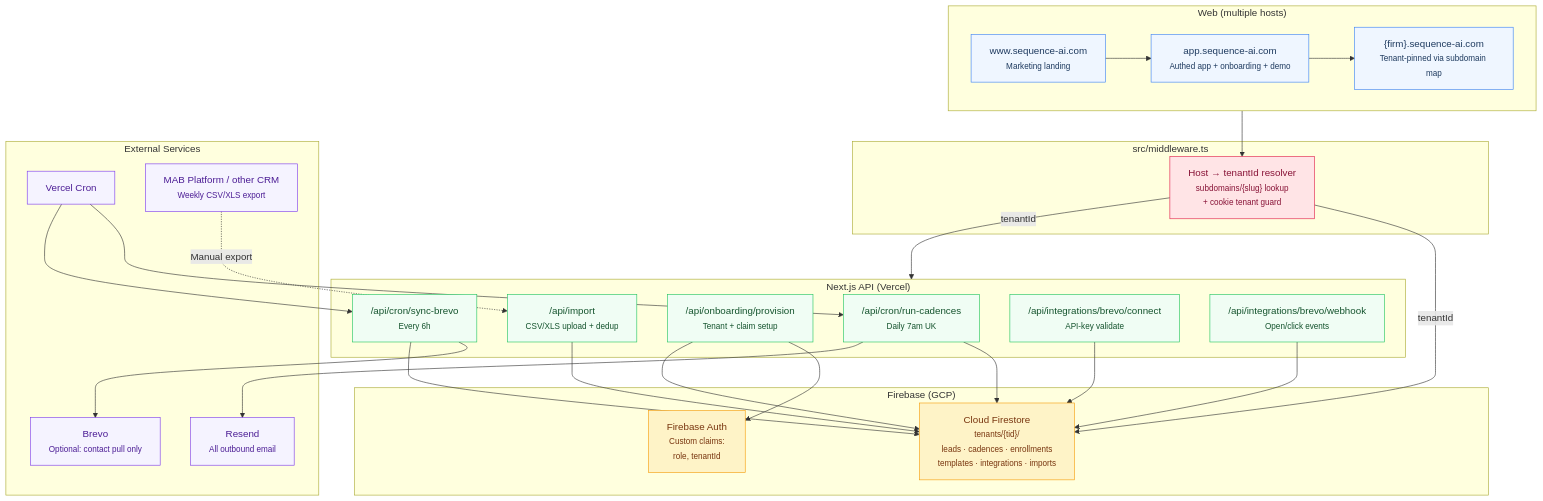
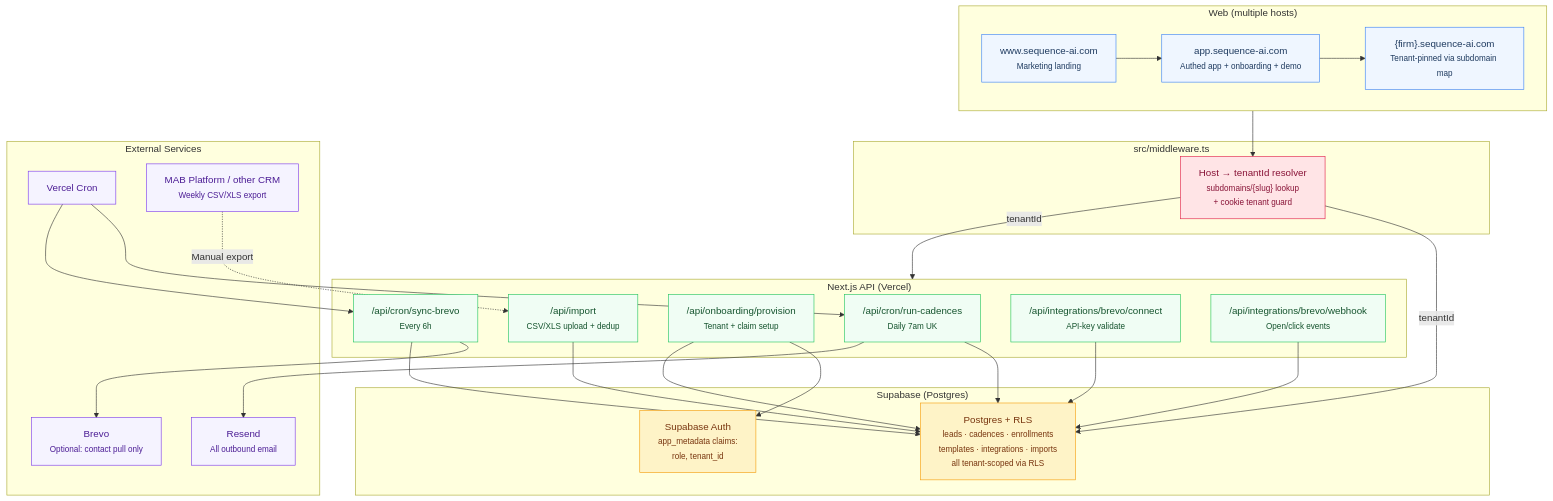
The first of 3 diagrams in README.md (vinay-lgtm-code/mallard_connect), drawn with Mermaid before and after one commit. The commit also changed other lines of this file, not shown here.

Commit message:
Update README to reflect Firebase → Supabase migration (#105)
The codebase migrated to Supabase (Postgres + RLS + Supabase Auth) but the
README still referenced Firebase Firestore and Firebase Auth throughout.
Updates the tech stack table, architecture diagram, sequence diagram, and
local dev instructions to match the actual implementation.

````diff
--- a/README.md
+++ b/README.md
@@ -67,66 +67,66 @@
 ```mermaid
 graph TB
     subgraph Web["Web (multiple hosts)"]
         Marketing["www.sequence-ai.com<br/><small>Marketing landing</small>"]
         App["app.sequence-ai.com<br/><small>Authed app + onboarding + demo</small>"]
         Vanity["{firm}.sequence-ai.com<br/><small>Tenant-pinned via subdomain map</small>"]
     end
 
     subgraph Middleware["src/middleware.ts"]
         Resolver["Host → tenantId resolver<br/><small>subdomains/{slug} lookup<br/>+ cookie tenant guard</small>"]
     end
 
     subgraph NextAPI["Next.js API (Vercel)"]
         CronCadences["/api/cron/run-cadences<br/><small>Daily 7am UK</small>"]
         CronBrevo["/api/cron/sync-brevo<br/><small>Every 6h</small>"]
         Provision["/api/onboarding/provision<br/><small>Tenant + claim setup</small>"]
         ImportAPI["/api/import<br/><small>CSV/XLS upload + dedup</small>"]
         BrevoConnect["/api/integrations/brevo/connect<br/><small>API-key validate</small>"]
         BrevoWebhook["/api/integrations/brevo/webhook<br/><small>Open/click events</small>"]
     end
 
-    subgraph Firebase["Firebase (GCP)"]
-        FireAuth["Firebase Auth<br/><small>Custom claims:<br/>role, tenantId</small>"]
-        Firestore["Cloud Firestore<br/><small>tenants/{tid}/<br/>leads · cadences · enrollments<br/>templates · integrations · imports</small>"]
+    subgraph Supabase["Supabase (Postgres)"]
+        SupaAuth["Supabase Auth<br/><small>app_metadata claims:<br/>role, tenant_id</small>"]
+        SupaDB["Postgres + RLS<br/><small>leads · cadences · enrollments<br/>templates · integrations · imports<br/>all tenant-scoped via RLS</small>"]
     end
 
     subgraph External["External Services"]
         Resend["Resend<br/><small>All outbound email</small>"]
         Brevo["Brevo<br/><small>Optional: contact pull only</small>"]
         VercelCron["Vercel Cron"]
         MAB["MAB Platform / other CRM<br/><small>Weekly CSV/XLS export</small>"]
     end
 
     Marketing --> App
     App --> Vanity
     Web --> Resolver
     Resolver -- "tenantId" --> NextAPI
-    Resolver -- "tenantId" --> Firestore
+    Resolver -- "tenantId" --> SupaDB
 
     VercelCron --> CronCadences
     VercelCron --> CronBrevo
-    CronCadences --> Firestore
+    CronCadences --> SupaDB
     CronCadences --> Resend
     CronBrevo --> Brevo
-    CronBrevo --> Firestore
+    CronBrevo --> SupaDB
 
-    Provision --> FireAuth
-    Provision --> Firestore
-    BrevoConnect --> Firestore
-    BrevoWebhook --> Firestore
-    ImportAPI --> Firestore
+    Provision --> SupaAuth
+    Provision --> SupaDB
+    BrevoConnect --> SupaDB
+    BrevoWebhook --> SupaDB
+    ImportAPI --> SupaDB
 
     MAB -. "Manual export" .-> ImportAPI
 
     classDef web fill:#EFF6FF,stroke:#3B82F6,color:#1E3A5F
     classDef api fill:#F0FDF4,stroke:#22C55E,color:#14532D
-    classDef firebase fill:#FEF3C7,stroke:#F59E0B,color:#78350F
+    classDef supabase fill:#FEF3C7,stroke:#F59E0B,color:#78350F
     classDef external fill:#F5F3FF,stroke:#7C3AED,color:#4C1D95
     classDef middleware fill:#FFE4E6,stroke:#E11D48,color:#881337
 
     class Marketing,App,Vanity web
     class CronCadences,CronBrevo,Provision,ImportAPI,BrevoConnect,BrevoWebhook api
-    class FireAuth,Firestore firebase
+    class SupaAuth,SupaDB supabase
     class Resend,Brevo,VercelCron,MAB external
     class Resolver middleware
 ```
````
